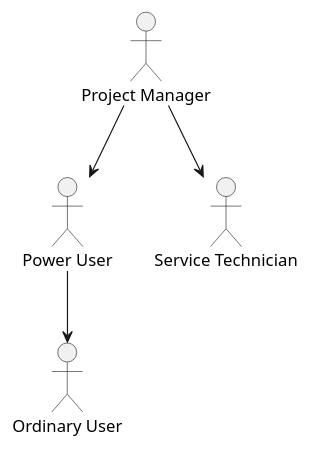
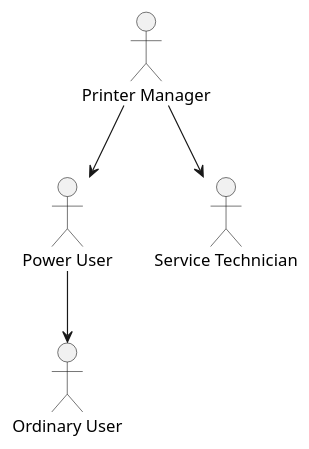
The diagram in hierarchy.puml (DDFipZ/Data-Security-projects), drawn with PlantUML before and after one commit. The commit also changed 4 other files, not shown here.

```diff
--- a/hierarchy.puml
+++ b/hierarchy.puml
@@ -1,11 +1,11 @@
 @startuml
-PM as "Project Manager"
+PM as "Printer Manager"
 PU as "Power User"
 ST as "Service Technician"
 OU as "Ordinary User"
 
 
 PM --> ST
 PM --> PU
 PU --> OU
 @enduml
```
